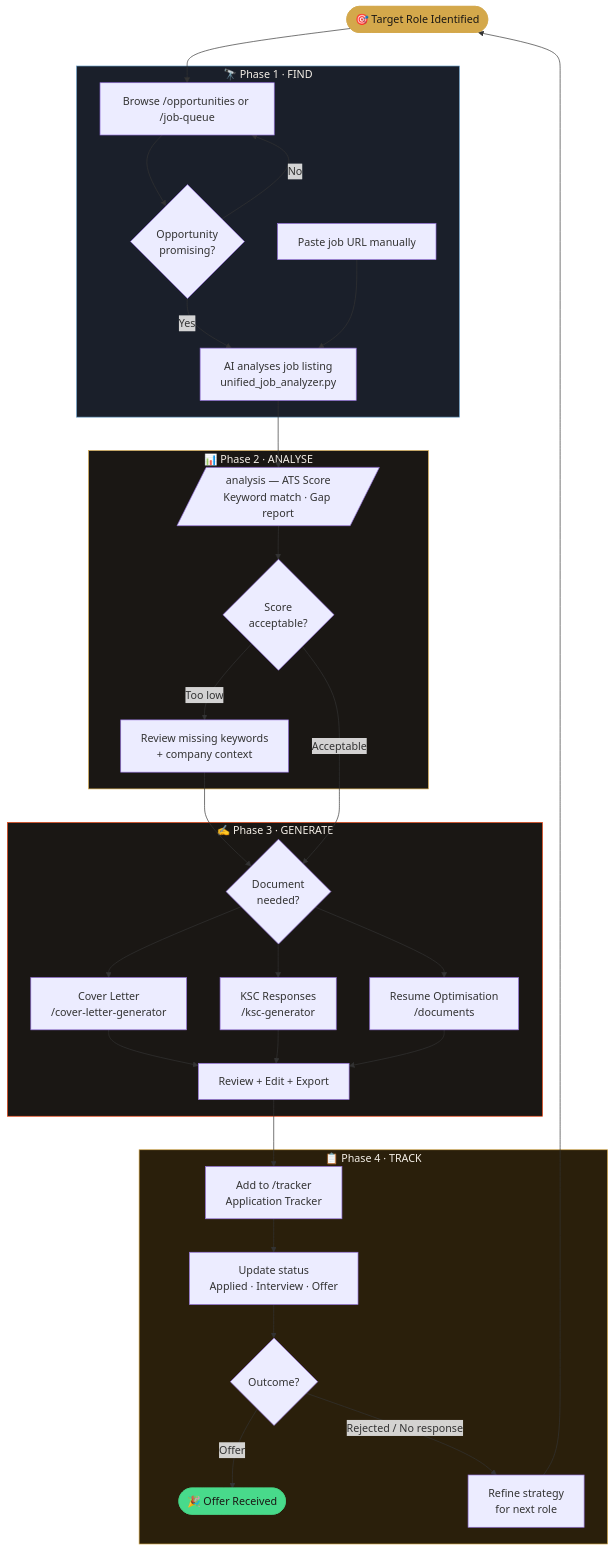
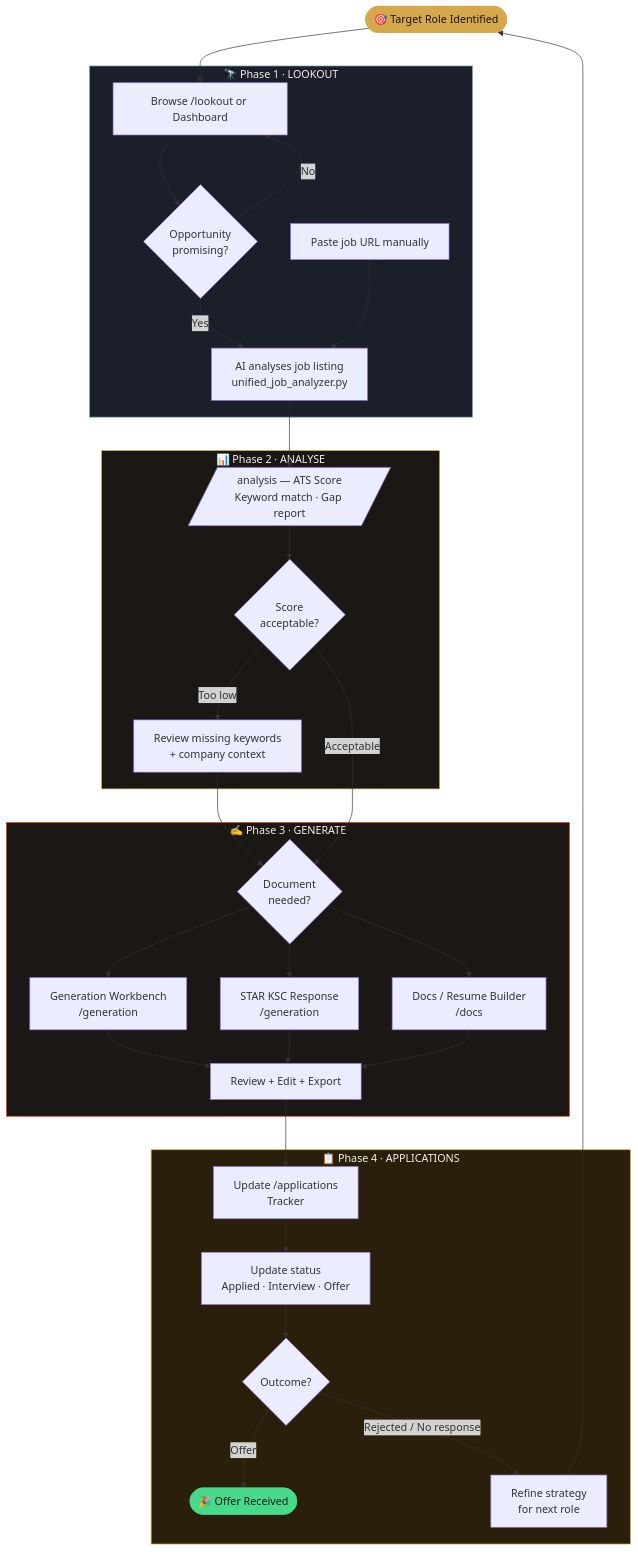
Before and after one commit to okgoogle13/careercopilot: the fourth of 5 diagrams in docs/UX_PROCESS_MAP.md, drawn with Mermaid. The commit also changed other lines of this file and 73 other files, not shown here.

````diff
--- a/docs/UX_PROCESS_MAP.md
+++ b/docs/UX_PROCESS_MAP.md
@@ -216,75 +202,75 @@
 ```mermaid
 flowchart TD
     START([🎯 Target Role Identified])
 
-    subgraph Find["🔭 Phase 1 · FIND"]
-        F1[Browse /opportunities or /job-queue]
+    subgraph Find["🔭 Phase 1 · LOOKOUT"]
+        F1[Browse /lookout or Dashboard]
         F2{Opportunity
 promising?}
         F3[Paste job URL manually]
         F4[AI analyses job listing
 unified_job_analyzer.py]
     end
 
     subgraph Analyse["📊 Phase 2 · ANALYSE"]
         A1[/analysis — ATS Score
 Keyword match · Gap report/]
         A2{Score
 acceptable?}
         A3[Review missing keywords
 + company context]
     end
 
     subgraph Generate["✍️ Phase 3 · GENERATE"]
         G1{Document
 needed?}
-        G2[Cover Letter
-/cover-letter-generator]
-        G3[KSC Responses
-/ksc-generator]
-        G4[Resume Optimisation
-/documents]
+        G2[Generation Workbench
+/generation]
+        G3[STAR KSC Response
+/generation]
+        G4[Docs / Resume Builder
+/docs]
         G5[Review + Edit + Export]
     end
 
-    subgraph Track["📋 Phase 4 · TRACK"]
-        T1[Add to /tracker
-Application Tracker]
+    subgraph Track["📋 Phase 4 · APPLICATIONS"]
+        T1[Update /applications
+Tracker]
         T2[Update status
 Applied · Interview · Offer]
         T3{Outcome?}
         T4([🎉 Offer Received])
         T5[Refine strategy
 for next role]
     end
 
     START --> F1
     F1 --> F2
     F2 -- No --> F1
     F2 -- Yes --> F4
     F3 --> F4
     F4 --> A1
     A1 --> A2
     A2 -- Too low --> A3
     A3 --> G1
     A2 -- Acceptable --> G1
     G1 --> G2
     G1 --> G3
     G1 --> G4
     G2 --> G5
     G3 --> G5
     G4 --> G5
     G5 --> T1
     T1 --> T2
     T2 --> T3
     T3 -- Offer --> T4
     T3 -- Rejected / No response --> T5
     T5 --> START
 
     style START fill:#D4A84B,color:#1A1714,stroke:#D4A84B
     style T4 fill:#48DA8B,color:#1A1714,stroke:#48DA8B
     style Find fill:#1A1F2A,color:#F5F0E8,stroke:#6B9FC8
     style Analyse fill:#1A1714,color:#F5F0E8,stroke:#D4A84B
     style Generate fill:#1A1714,color:#F5F0E8,stroke:#F14714
     style Track fill:#2A1F0B,color:#F5F0E8,stroke:#D4A84B
 ```
````
